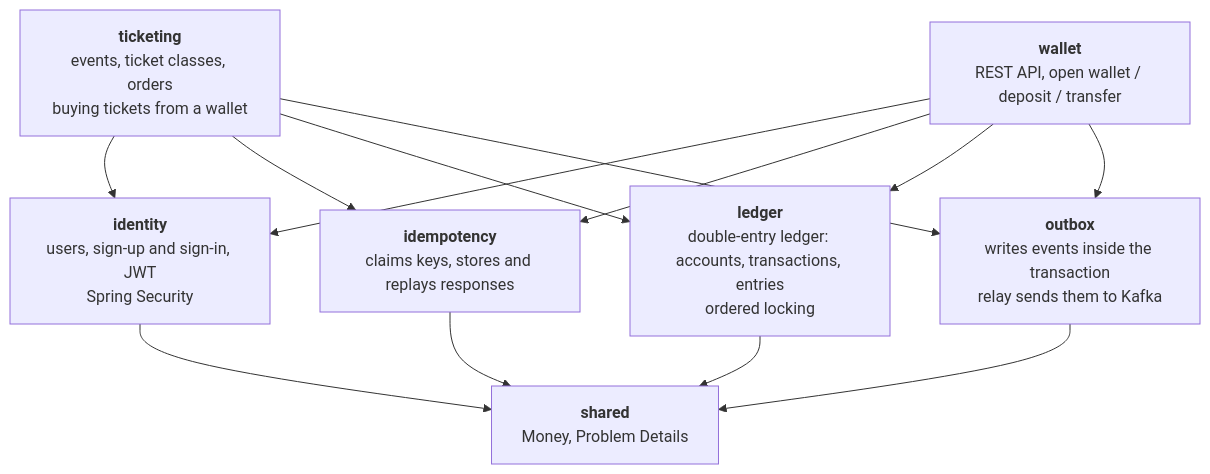
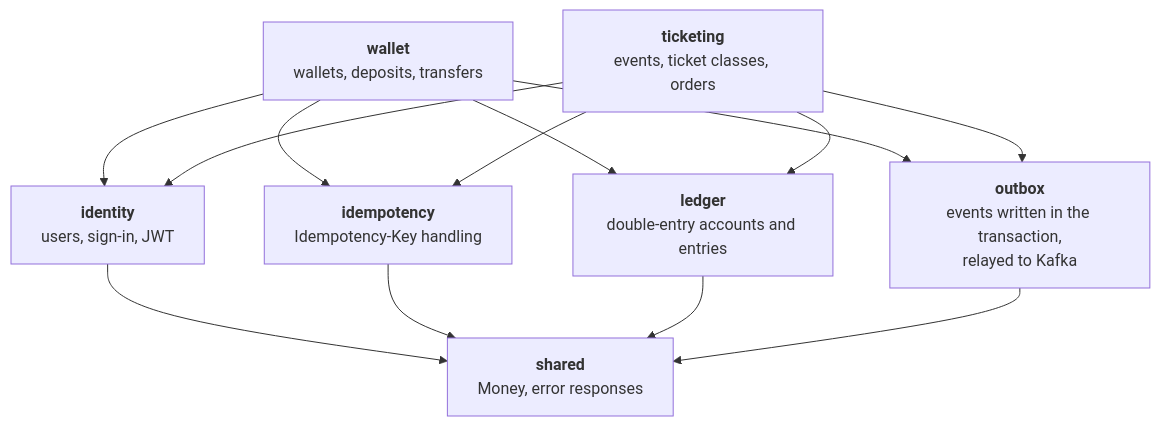
One commit to HoangThanhMan/ledgerly changed the second of 3 diagrams in README.md. Above: the diagram before and after it, drawn with Mermaid. The commit also changed other lines of this file and 1 other file, not shown here.

Commit message:
Rewrite the README around ticket sales (#21)

````diff
--- a/README.md
+++ b/README.md
@@ -80,23 +110,23 @@
 ```mermaid
 flowchart TB
-    wallet["<b>wallet</b><br/>REST API, open wallet / deposit / transfer"]
-    identity["<b>identity</b><br/>users, sign-up and sign-in, JWT<br/>Spring Security"]
-    ticketing["<b>ticketing</b><br/>events, ticket classes, orders<br/>buying tickets from a wallet"]
-    idem["<b>idempotency</b><br/>claims keys, stores and replays responses"]
-    ledger["<b>ledger</b><br/>double-entry ledger: accounts, transactions, entries<br/>ordered locking"]
-    outbox["<b>outbox</b><br/>writes events inside the transaction<br/>relay sends them to Kafka"]
-    shared["<b>shared</b><br/>Money, Problem Details"]
+    identity["<b>identity</b><br/>users, sign-in, JWT"]
+    wallet["<b>wallet</b><br/>wallets, deposits, transfers"]
+    ticketing["<b>ticketing</b><br/>events, ticket classes, orders"]
+    idem["<b>idempotency</b><br/>Idempotency-Key handling"]
+    ledger["<b>ledger</b><br/>double-entry accounts and entries"]
+    outbox["<b>outbox</b><br/>events written in the transaction,<br/>relayed to Kafka"]
+    shared["<b>shared</b><br/>Money, error responses"]
 
     wallet --> identity
+    wallet --> idem
+    wallet --> ledger
+    wallet --> outbox
     ticketing --> identity
     ticketing --> idem
     ticketing --> ledger
     ticketing --> outbox
-    wallet --> idem
-    wallet --> ledger
-    wallet --> outbox
     identity --> shared
     idem --> shared
     ledger --> shared
     outbox --> shared
 ```
````
